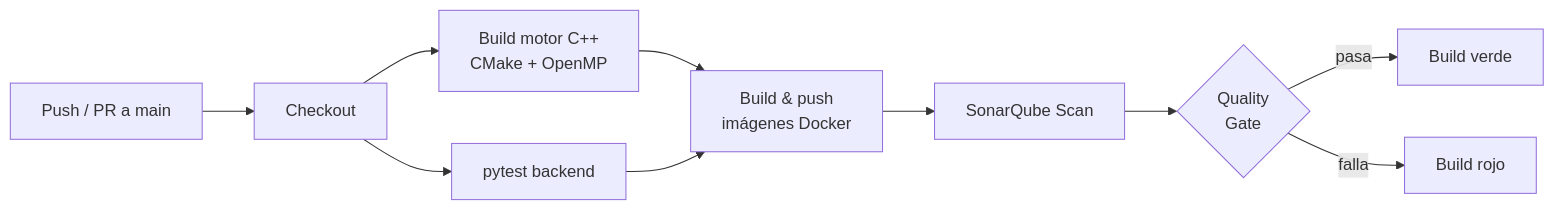
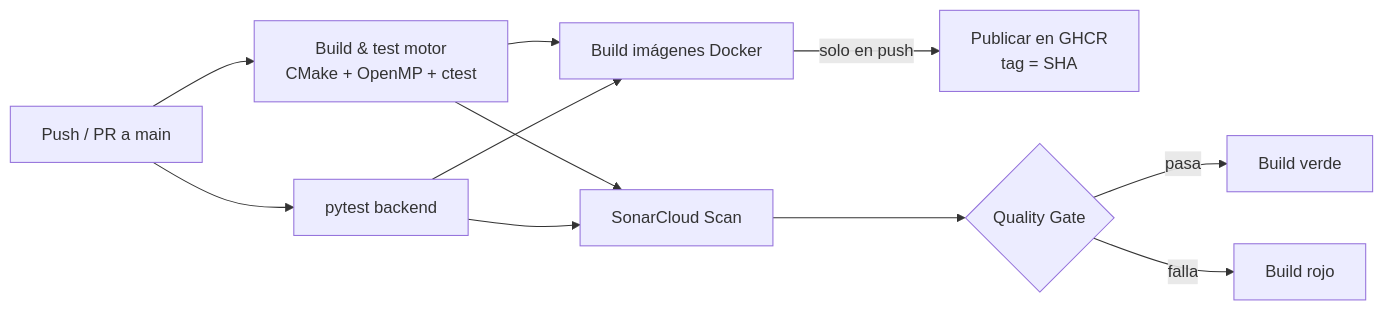
Before and after one commit to BigBelial/Paralelas-AI-Final: the diagram in docs/06-cicd.md, drawn with Mermaid. The commit also changed other lines of this file and 21 other files, not shown here.

````diff
--- a/docs/06-cicd.md
+++ b/docs/06-cicd.md
@@ -11,12 +17,13 @@
 ```mermaid
 flowchart LR
-    push[Push / PR a main] --> checkout[Checkout]
-    checkout --> build_motor[Build motor C++<br/>CMake + OpenMP]
-    checkout --> test_back[pytest backend]
-    build_motor --> docker[Build & push<br/>imágenes Docker]
-    test_back --> docker
-    docker --> sonar[SonarQube Scan]
-    sonar --> gate{Quality<br/>Gate}
+    push[Push / PR a main] --> motor[Build & test motor<br/>CMake + OpenMP + ctest]
+    push --> back[pytest backend]
+    motor --> imgs[Build imágenes Docker]
+    back --> imgs
+    imgs -->|solo en push| ghcr[Publicar en GHCR<br/>tag = SHA]
+    motor --> sonar[SonarCloud Scan]
+    back --> sonar
+    sonar --> gate{Quality Gate}
     gate -->|pasa| ok[Build verde]
     gate -->|falla| fail[Build rojo]
 ```
````
